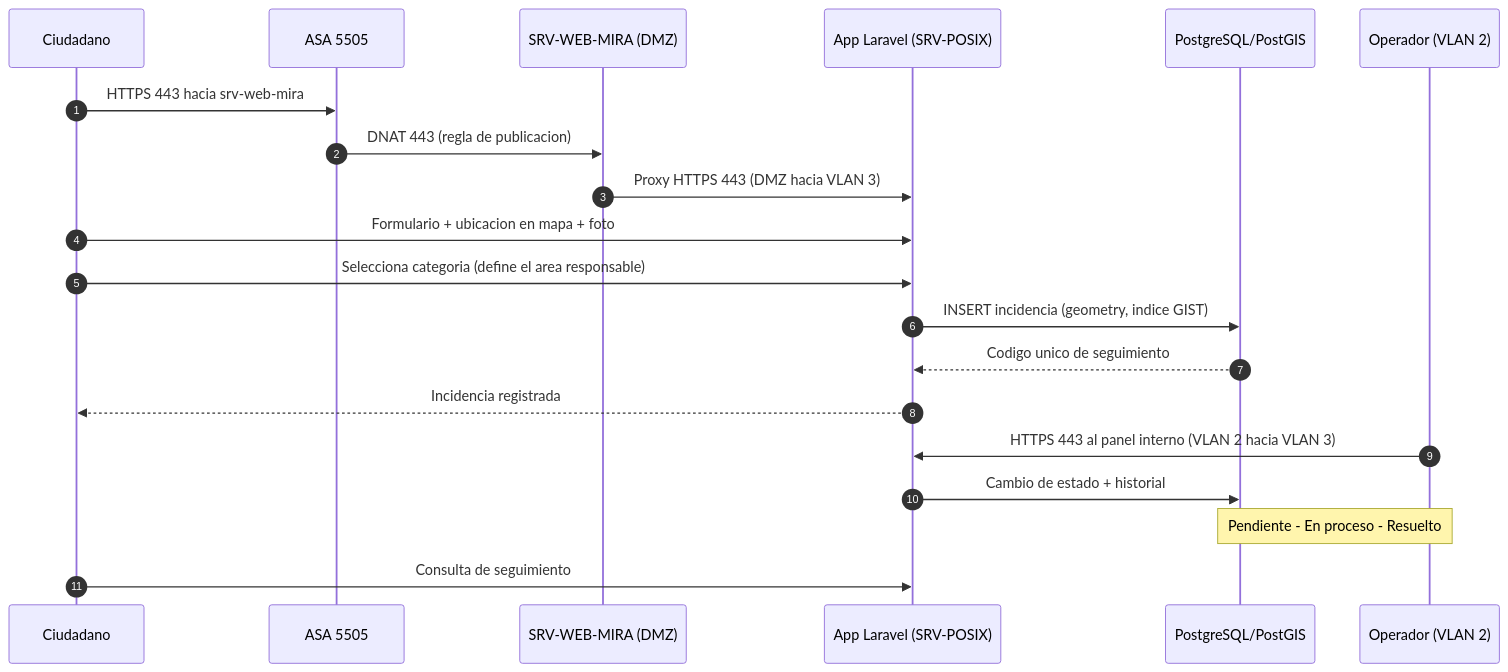
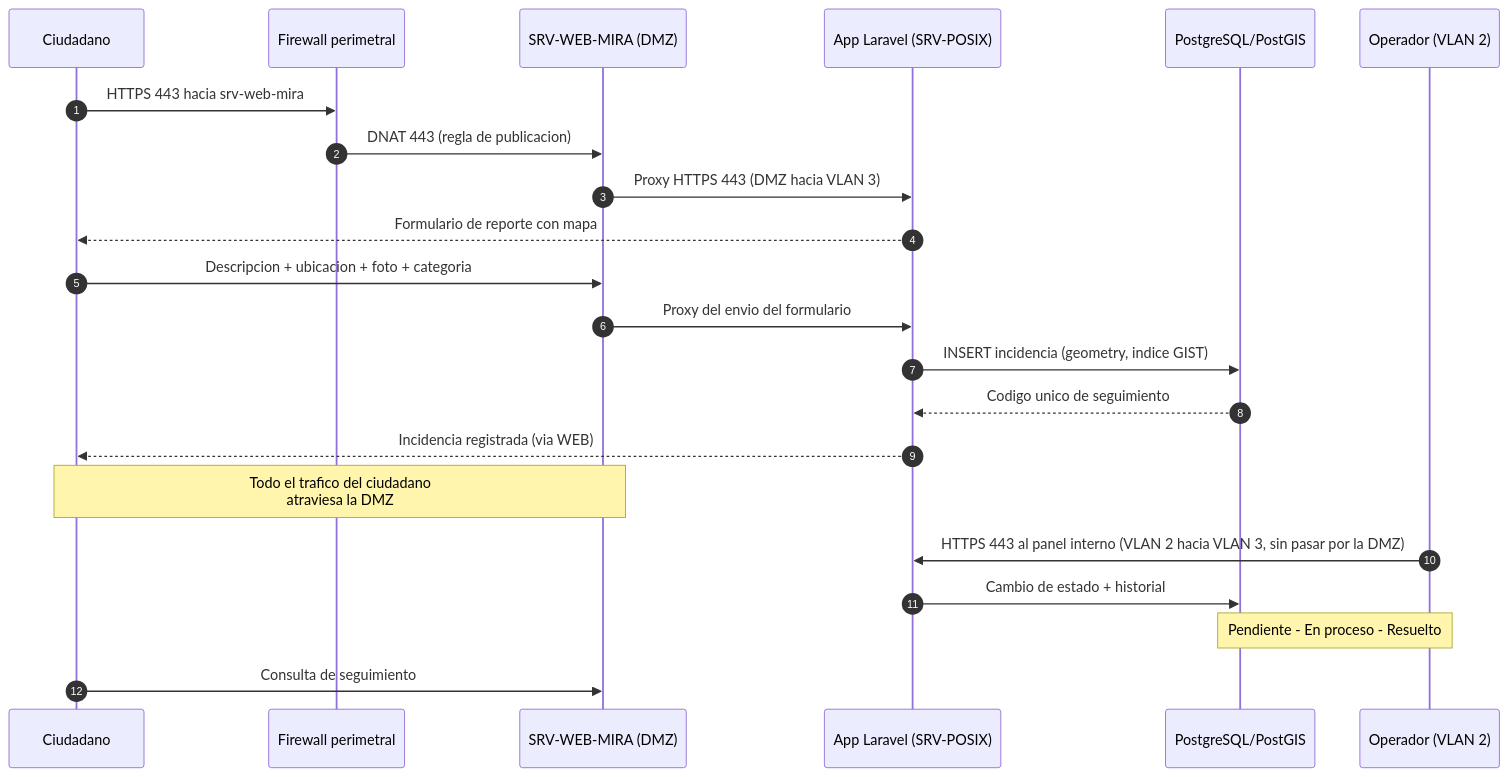
One commit to bitorientaluy/mira changed the fourth of 5 diagrams in Diagrama_Implementacion_Hito1.md. Above: the diagram before and after it, drawn with Mermaid. The commit also changed other lines of this file and 3 other files, not shown here.

````diff
--- a/Diagrama_Implementacion_Hito1.md
+++ b/Diagrama_Implementacion_Hito1.md
@@ -137,23 +142,25 @@
 ```mermaid
 sequenceDiagram
     autonumber
     participant CIU as Ciudadano
-    participant FW as ASA 5505
+    participant FW as Firewall perimetral
     participant WEB as SRV-WEB-MIRA (DMZ)
     participant APP as App Laravel (SRV-POSIX)
     participant DB as PostgreSQL/PostGIS
     participant OP as Operador (VLAN 2)
 
     CIU->>FW: HTTPS 443 hacia srv-web-mira
     FW->>WEB: DNAT 443 (regla de publicacion)
     WEB->>APP: Proxy HTTPS 443 (DMZ hacia VLAN 3)
-    CIU->>APP: Formulario + ubicacion en mapa + foto
-    CIU->>APP: Selecciona categoria (define el area responsable)
+    APP-->>CIU: Formulario de reporte con mapa
+    CIU->>WEB: Descripcion + ubicacion + foto + categoria
+    WEB->>APP: Proxy del envio del formulario
     APP->>DB: INSERT incidencia (geometry, indice GIST)
     DB-->>APP: Codigo unico de seguimiento
-    APP-->>CIU: Incidencia registrada
-    OP->>APP: HTTPS 443 al panel interno (VLAN 2 hacia VLAN 3)
+    APP-->>CIU: Incidencia registrada (via WEB)
+    Note over CIU,WEB: Todo el trafico del ciudadano<br/>atraviesa la DMZ
+    OP->>APP: HTTPS 443 al panel interno (VLAN 2 hacia VLAN 3, sin pasar por la DMZ)
     APP->>DB: Cambio de estado + historial
     Note over OP,DB: Pendiente - En proceso - Resuelto
-    CIU->>APP: Consulta de seguimiento
+    CIU->>WEB: Consulta de seguimiento
 ```
````
